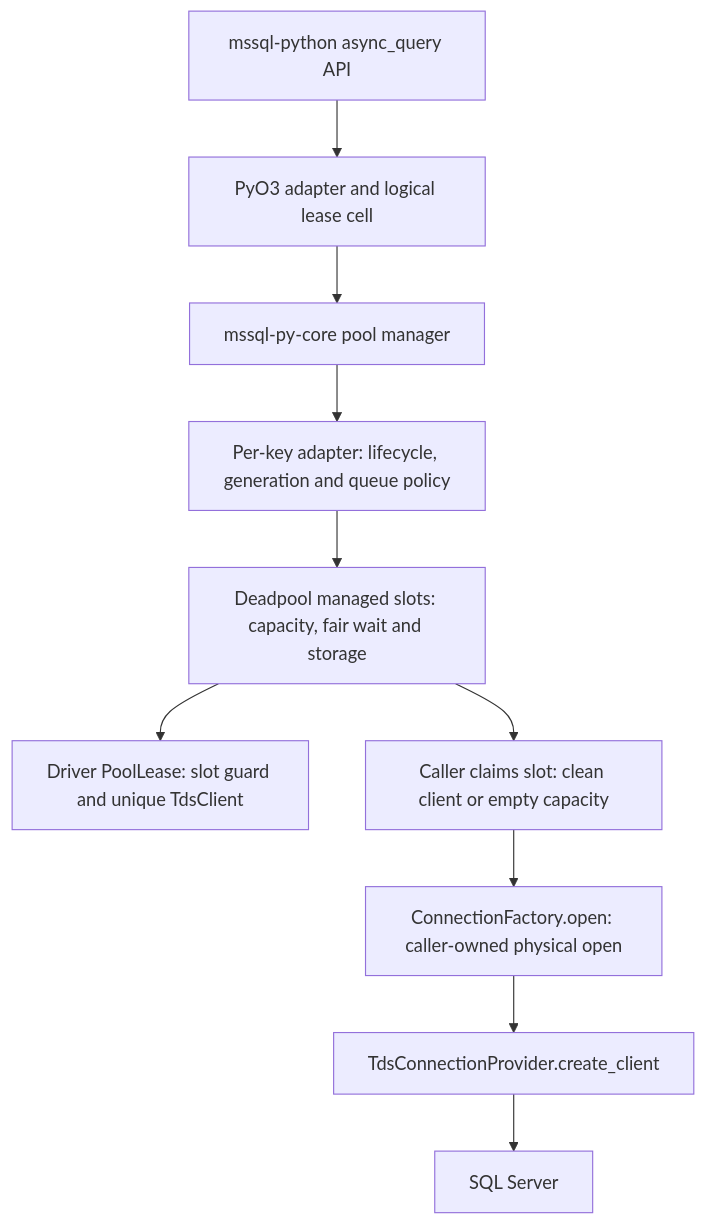
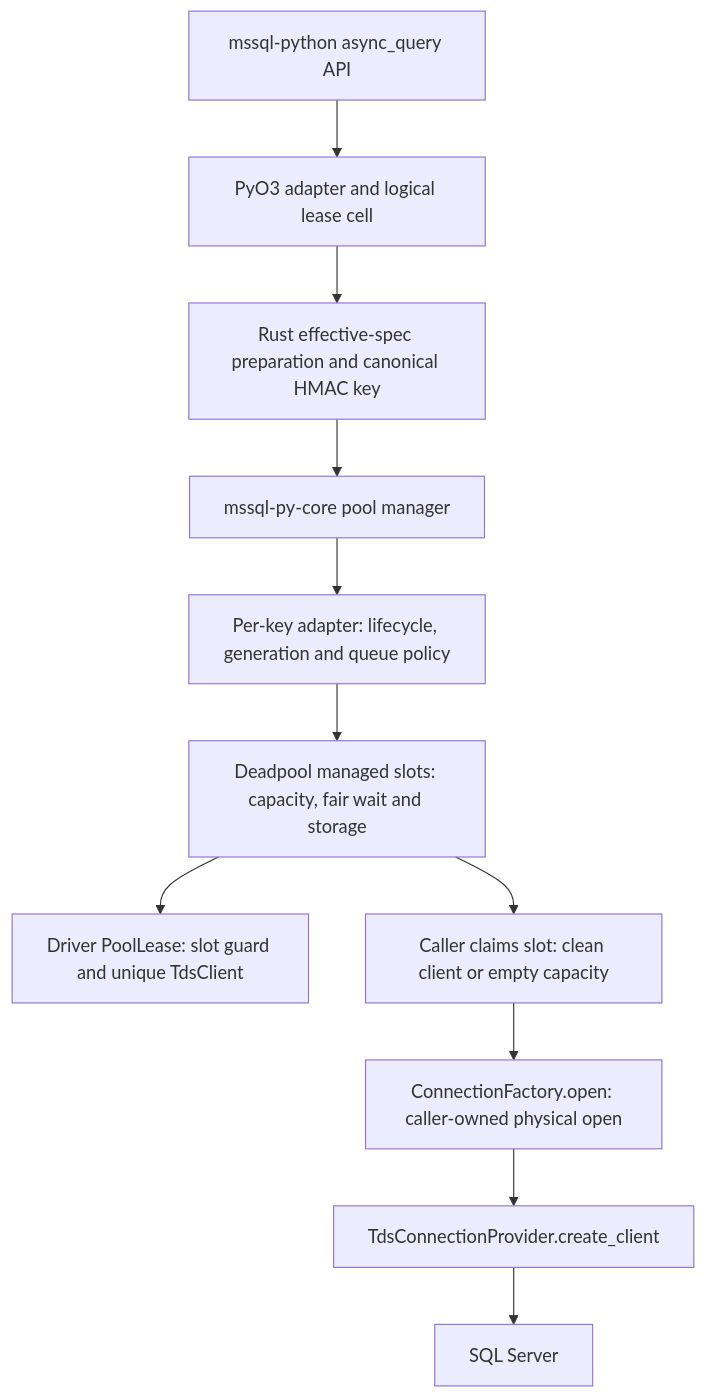
Before and after one commit to microsoft/mssql-rs: the diagram in docs/async-connection-pooling-mssql-rs.md, drawn with Mermaid. The commit also changed other lines of this file and 14 other files, not shown here.

Commit message:
Add Rust-owned SQL-authentication pool keys

````diff
--- a/docs/async-connection-pooling-mssql-rs.md
+++ b/docs/async-connection-pooling-mssql-rs.md
@@ -474,12 +474,13 @@
 ```mermaid
 flowchart TD
     PY["mssql-python async_query API"] --> B["PyO3 adapter and logical lease cell"]
-    B --> M["mssql-py-core pool manager"]
+    B --> P["Rust effective-spec preparation and canonical HMAC key"]
+    P --> M["mssql-py-core pool manager"]
     M --> K["Per-key adapter: lifecycle, generation and queue policy"]
     K --> D["Deadpool managed slots: capacity, fair wait and storage"]
     D --> L["Driver PoolLease: slot guard and unique TdsClient"]
     D --> A["Caller claims slot: clean client or empty capacity"]
     A --> F["ConnectionFactory.open: caller-owned physical open"]
     F --> T["TdsConnectionProvider.create_client"]
     T --> SQL["SQL Server"]
 ```
````
